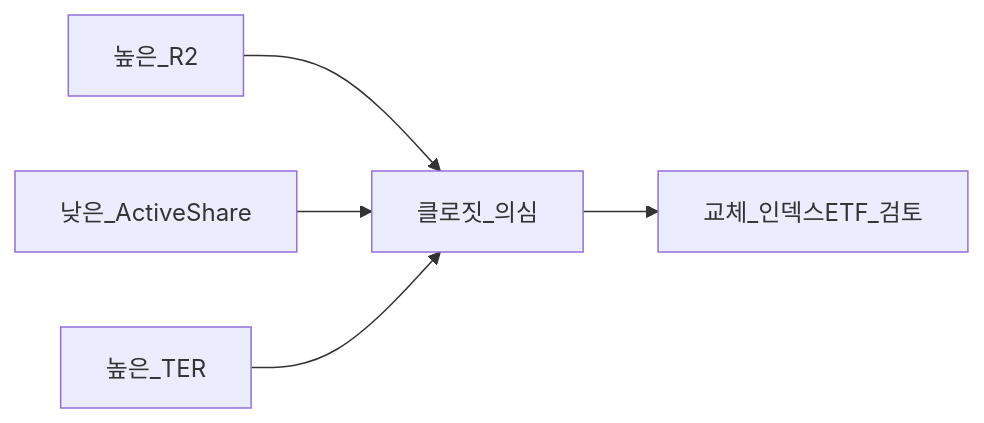
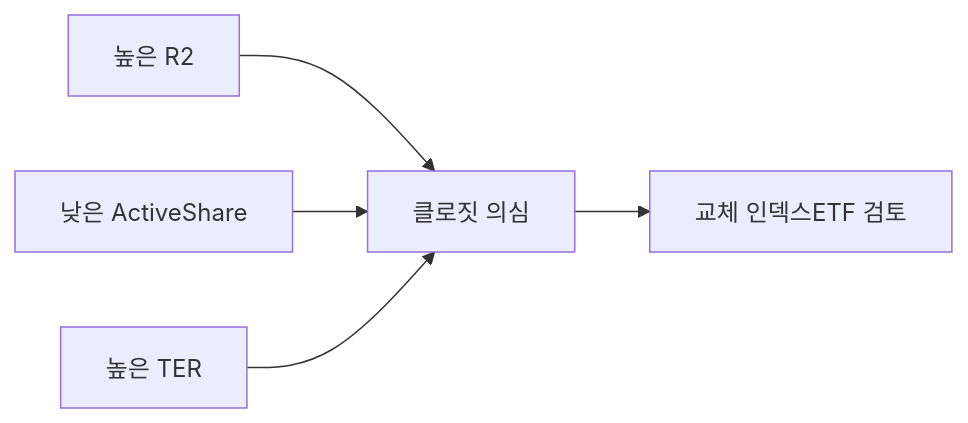
One commit to goldanghenry/Finances changed the fourth of 5 diagrams in 03-markets/mutual-funds-active.md. Above: the diagram before and after it, drawn with Mermaid. The commit also changed other lines of this file and 211 other files, not shown here.

````diff
--- a/03-markets/mutual-funds-active.md
+++ b/03-markets/mutual-funds-active.md
@@ -154,7 +163,7 @@
 ```mermaid
 flowchart LR
-  R2[높은_R2] --> Suspect[클로짓_의심]
-  AS[낮은_ActiveShare] --> Suspect
-  Fee2[높은_TER] --> Suspect
-  Suspect --> Action[교체_인덱스ETF_검토]
+  R2["높은 R2"] --> Suspect["클로짓 의심"]
+  AS["낮은 ActiveShare"] --> Suspect
+  Fee2["높은 TER"] --> Suspect
+  Suspect --> Action["교체 인덱스ETF 검토"]
 ```
````
